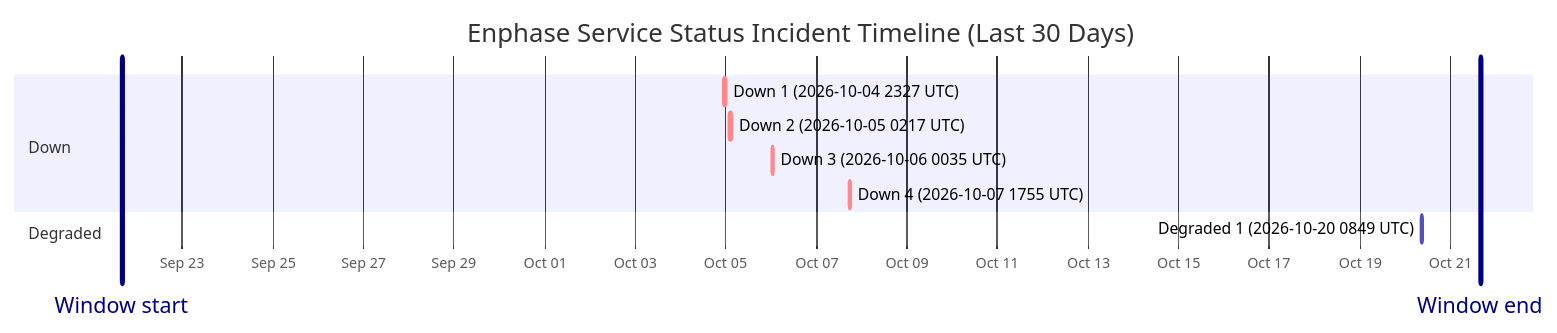
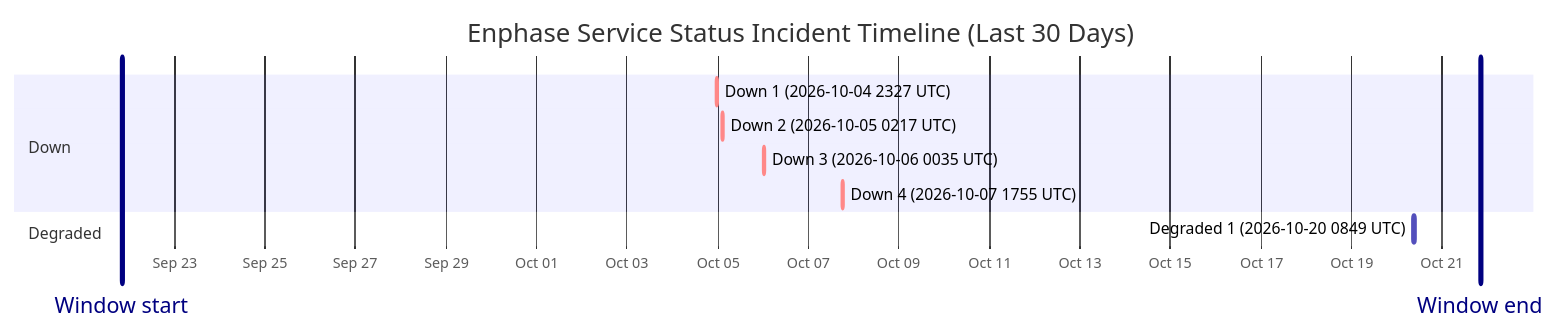
Before and after one commit to barneyonline/ha-enphase-energy: the diagram in wiki/Service-Status-History.md, drawn with Mermaid. The commit also changed other lines of this file and 3 other files, not shown here.

````diff
--- a/wiki/Service-Status-History.md
+++ b/wiki/Service-Status-History.md
@@ -14,15 +14,15 @@
 ```mermaid
 gantt
     title Enphase Service Status Incident Timeline (Last 30 Days)
     dateFormat  YYYY-MM-DDTHH:mm:ss
     axisFormat  %b %d
-    Window start :vert, window-start, 2026-09-21T16:02:00, 0ms
-    Window end :vert, window-end, 2026-10-21T16:02:00, 0ms
+    Window start :vert, window-start, 2026-09-21T20:17:11, 0ms
+    Window end :vert, window-end, 2026-10-21T20:17:11, 0ms
     section Down
     Down 1 (2026-10-04 2327 UTC) :crit, down-1, 2026-10-04T23:27:34, 60m
     Down 2 (2026-10-05 0217 UTC) :crit, down-2, 2026-10-05T02:17:30, 60m
     Down 3 (2026-10-06 0035 UTC) :crit, down-3, 2026-10-06T00:35:21, 60m
     Down 4 (2026-10-07 1755 UTC) :crit, down-4, 2026-10-07T17:55:16, 60m
     section Degraded
     Degraded 1 (2026-10-20 0849 UTC) :active, degraded-1, 2026-10-20T08:49:49, 60m
 ```
````
